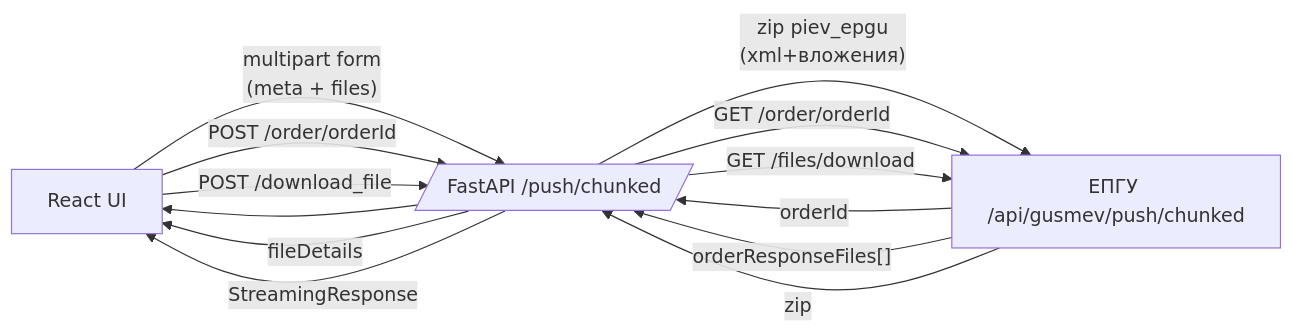
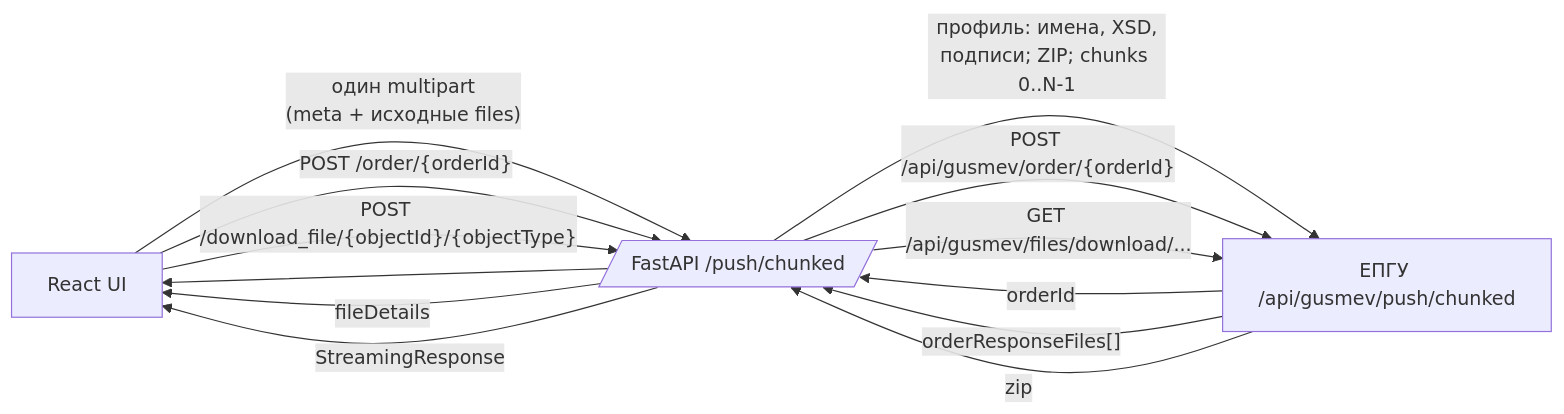
Before and after one commit to yellow444/epgu: the second of 3 diagrams in docs/architecture.md, drawn with Mermaid. The commit also changed other lines of this file and 128 other files, not shown here.

````diff
--- a/docs/architecture.md
+++ b/docs/architecture.md
@@ -67,15 +74,15 @@
 ```mermaid
 flowchart LR
-    A[React UI] -- multipart form
-(meta + files) --> B[/FastAPI /push/chunked/]
-    B -- zip piev_epgu
-(xml+вложения) --> C[ЕПГУ /api/gusmev/push/chunked]
+    A[React UI] -- один multipart
+(meta + исходные files) --> B[/FastAPI /push/chunked/]
+    B -- профиль: имена, XSD,
+подписи; ZIP; chunks 0..N-1 --> C[ЕПГУ /api/gusmev/push/chunked]
     C -- orderId --> B --> A
-    A -- POST /order/orderId --> B
-    B -- GET /order/orderId --> C
+    A -- POST /order/{orderId} --> B
+    B -- POST /api/gusmev/order/{orderId} --> C
     C -- orderResponseFiles[] --> B
     B -- fileDetails --> A
-    A -- POST /download_file --> B
-    B -- GET /files/download --> C
+    A -- POST /download_file/{objectId}/{objectType} --> B
+    B -- GET /api/gusmev/files/download/... --> C
     C -- zip --> B -- StreamingResponse --> A
 ```
````
